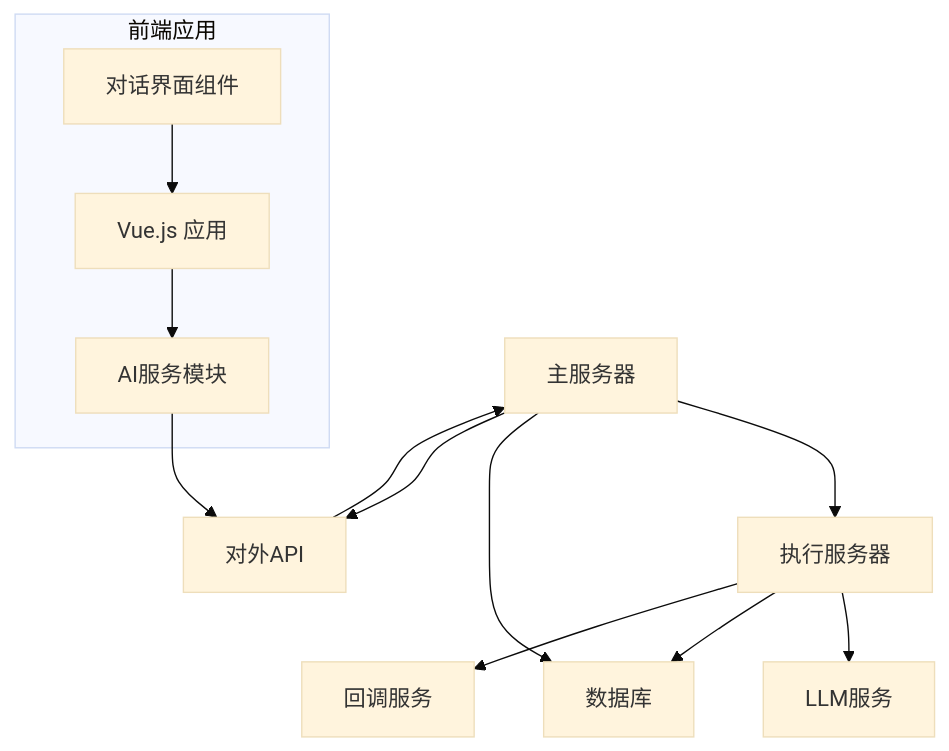
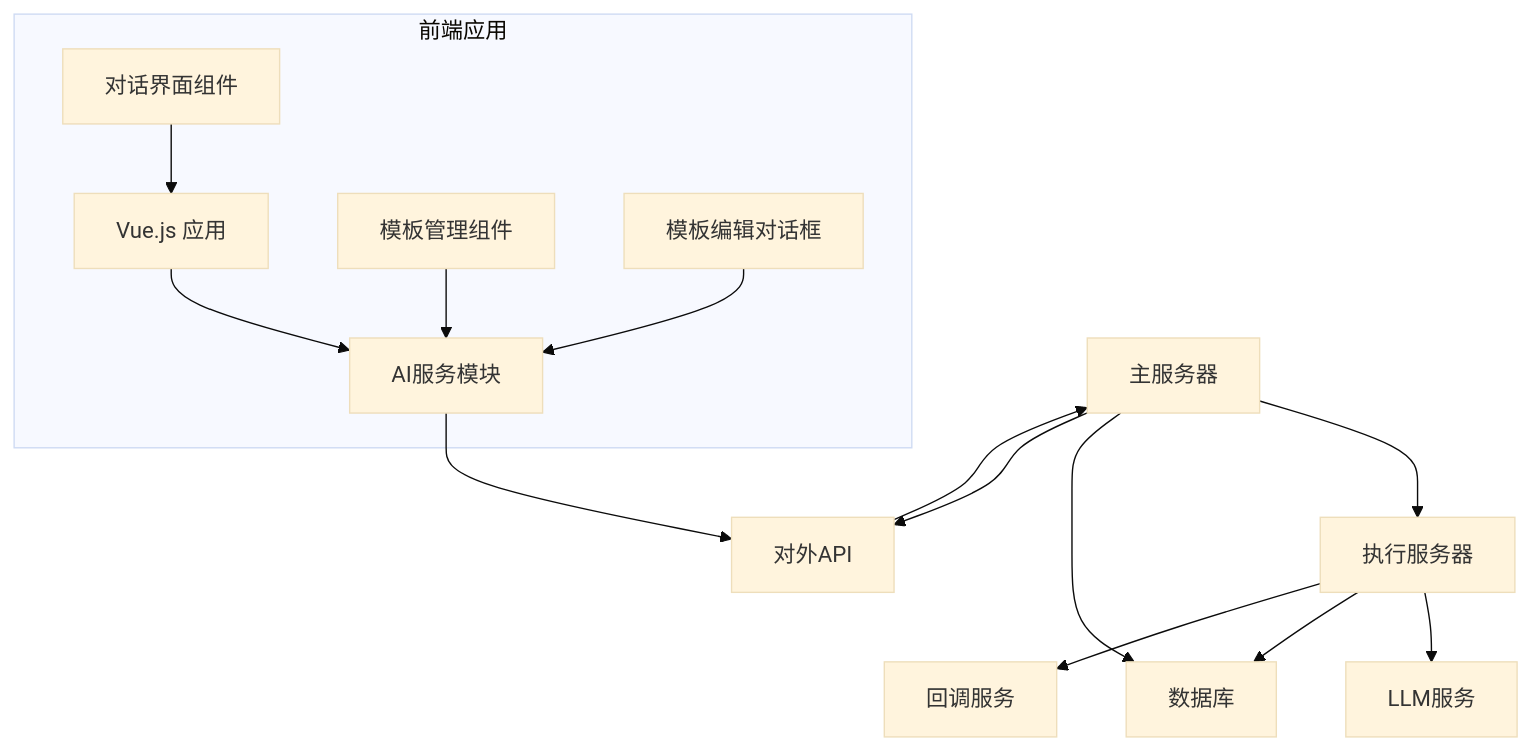
Before and after one commit to liuzh2008/med_ai_assistant_workspace: the second of 8 diagrams in .qoder/repowiki/zh/content/核心功能模块/AI诊断辅助系统.md, drawn with Mermaid (base theme). The commit also changed other lines of this file and 2 other files, not shown here.

````diff
--- a/.qoder/repowiki/zh/content/核心功能模块/AI诊断辅助系统.md
+++ b/.qoder/repowiki/zh/content/核心功能模块/AI诊断辅助系统.md
@@ -105,18 +117,22 @@
 ```mermaid
 graph TB
 A["主服务器"] --> B["执行服务器"]
 B --> C["LLM服务"]
 A --> D["数据库"]
 B --> D
 B --> E["回调服务"]
 A --> F["对外API"]
 F --> A
 subgraph "前端应用"
 G["Vue.js 应用"]
 H["AI服务模块"]
 I["对话界面组件"]
+J["模板管理组件"]
+K["模板编辑对话框"]
 end
 G --> H
 H --> F
 I --> G
+J --> H
+K --> H
 ```
````
